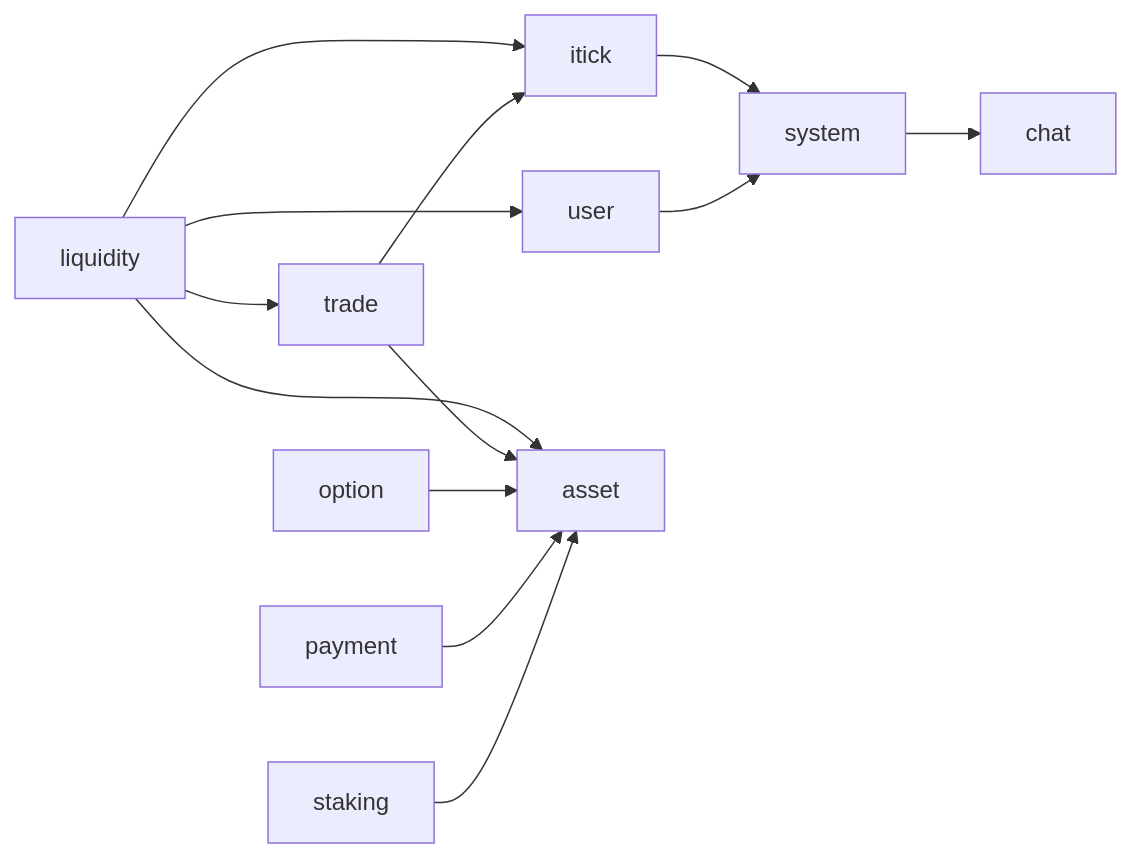
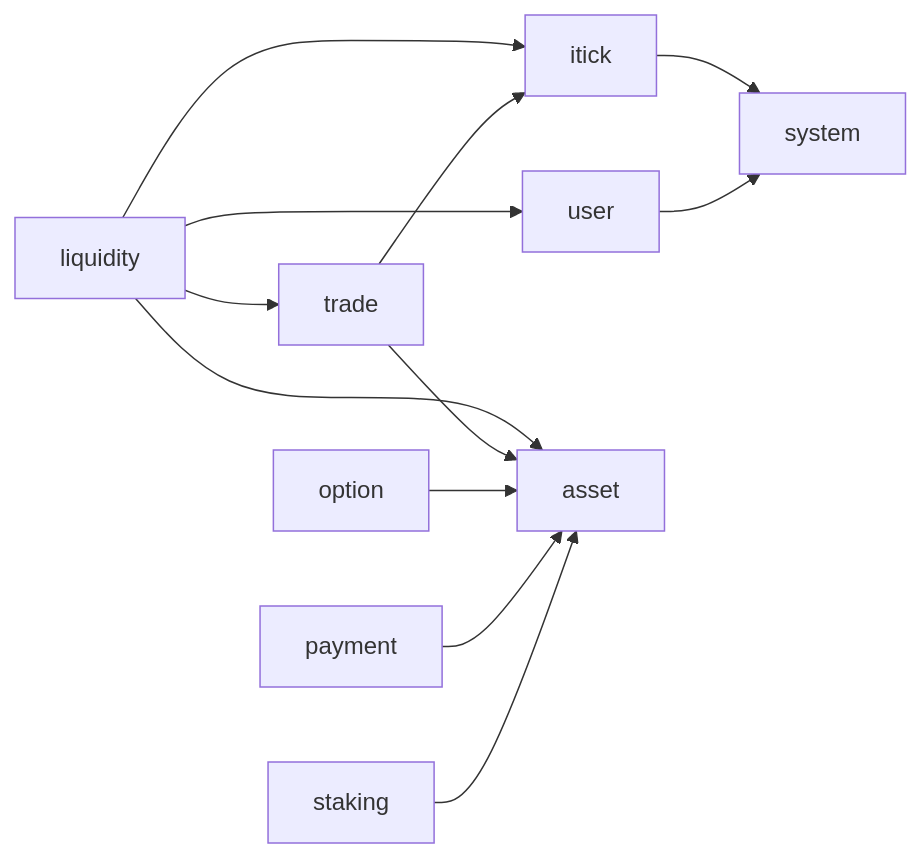
Before and after one commit to colbort/wklive: the diagram in services/RPC_DEPENDENCY_REVIEW.md, drawn with Mermaid. The commit also changed other lines of this file and 60 other files, not shown here.

````diff
--- a/services/RPC_DEPENDENCY_REVIEW.md
+++ b/services/RPC_DEPENDENCY_REVIEW.md
@@ -33,18 +33,16 @@
 ```mermaid
 graph LR
     liquidity --> trade
     liquidity --> itick
     liquidity --> user
     liquidity --> asset
 
     trade --> asset
     trade --> itick
 
     itick --> system
     user --> system
-    system --> chat
-
     option --> asset
     payment --> asset
     staking --> asset
 ```
````
